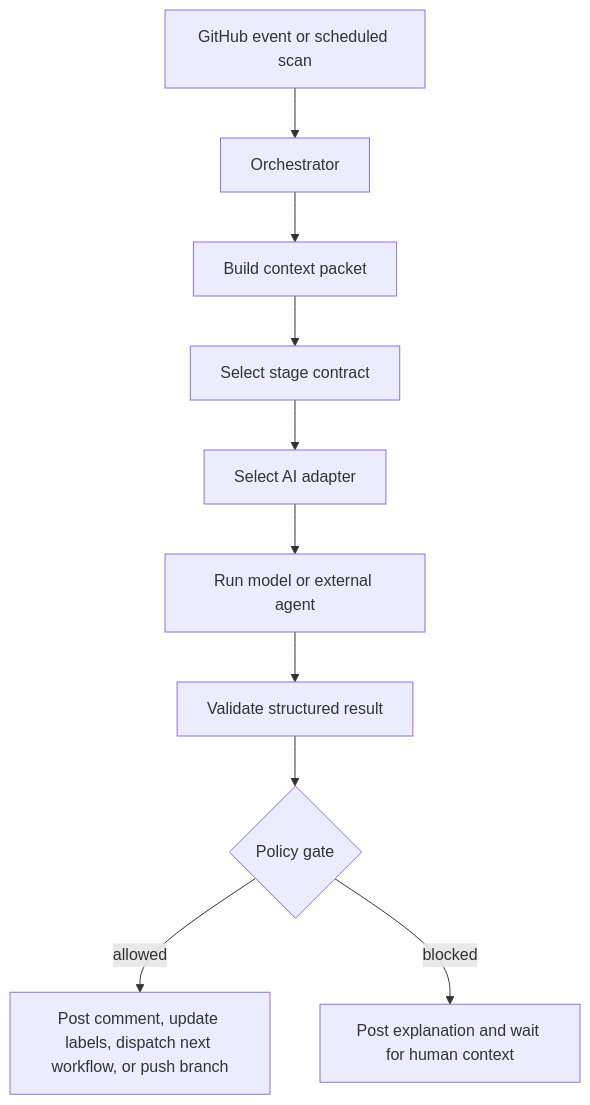
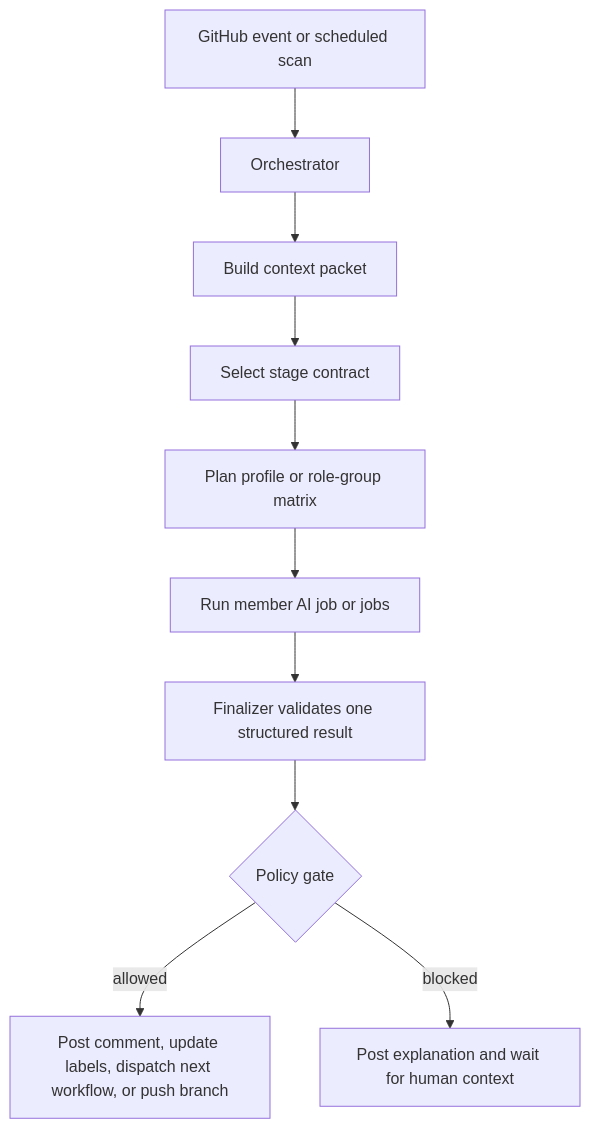
One commit to markhuangai/git-vibe changed the second of 2 diagrams in docs/AI.md. Above: the diagram before and after it, drawn with Mermaid. The commit also changed other lines of this file and 38 other files, not shown here.

Commit message:
Add role group matrix fanout

````diff
--- a/docs/AI.md
+++ b/docs/AI.md
@@ -36,12 +36,12 @@
 ```mermaid
 flowchart TD
   A[GitHub event or scheduled scan] --> B[Orchestrator]
   B --> C[Build context packet]
   C --> D[Select stage contract]
-  D --> E[Select AI adapter]
-  E --> F[Run model or external agent]
-  F --> G[Validate structured result]
+  D --> E[Plan profile or role-group matrix]
+  E --> F[Run member AI job or jobs]
+  F --> G[Finalizer validates one structured result]
   G --> H{Policy gate}
   H -->|allowed| I[Post comment, update labels, dispatch next workflow, or push branch]
   H -->|blocked| J[Post explanation and wait for human context]
 ```
````
